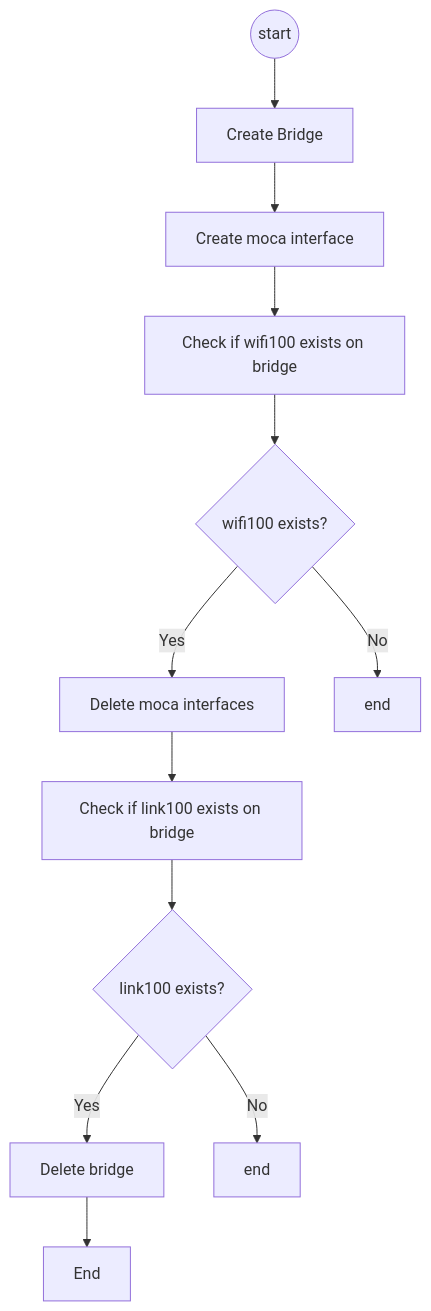
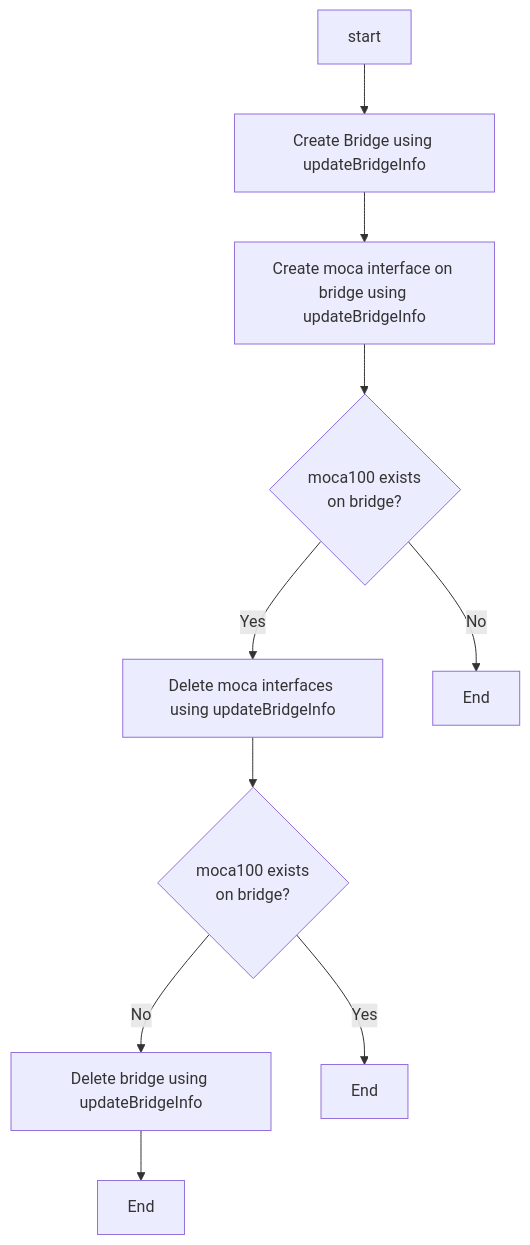
The third of 5 diagrams in docs/pages/bridge_util_mermaid.md (rdkcentral/rdkb-halif-test-bridge-util), drawn with Mermaid before and after one commit. The commit also changed other lines of this file, not shown here.

Commit message:
Develop bridge util hal L2 test suite Modified bridge util Mermaid file

````diff
--- a/docs/pages/bridge_util_mermaid.md
+++ b/docs/pages/bridge_util_mermaid.md
@@ -31,14 +31,12 @@
 ```mermaid
 graph TB
-start((start)) --> step1[Create Bridge]
-step1 --> step2[Create moca interface]
-step2 --> step3[Check if wifi100 exists on bridge]
-step3 --> cond1{wifi100 exists?}
-cond1 --Yes--> step4[Delete moca interfaces]
-cond1 --No -->Step8[end]
-step4 --> step5[Check if link100 exists on bridge]
-step5 --> cond2{link100 exists?}
-cond2 --Yes--> step6[Delete bridge]
-cond2 --No --> Step9[end]
+start[start] --> step1[Create Bridge using updateBridgeInfo]
+step1 --> step2[Create moca interface on bridge using updateBridgeInfo]
+step2 --> cond1{moca100 exists \n on bridge?}
+cond1 --Yes--> step4[Delete moca interfaces using updateBridgeInfo]
+cond1 --No -->Step8[End]
+step4 --> cond2{moca100 exists \n on bridge?}
+cond2 --No --> step6[Delete bridge using updateBridgeInfo]
+cond2 -- Yes --> Step9[End]
 step6 --> step7[End]
 ```
````
